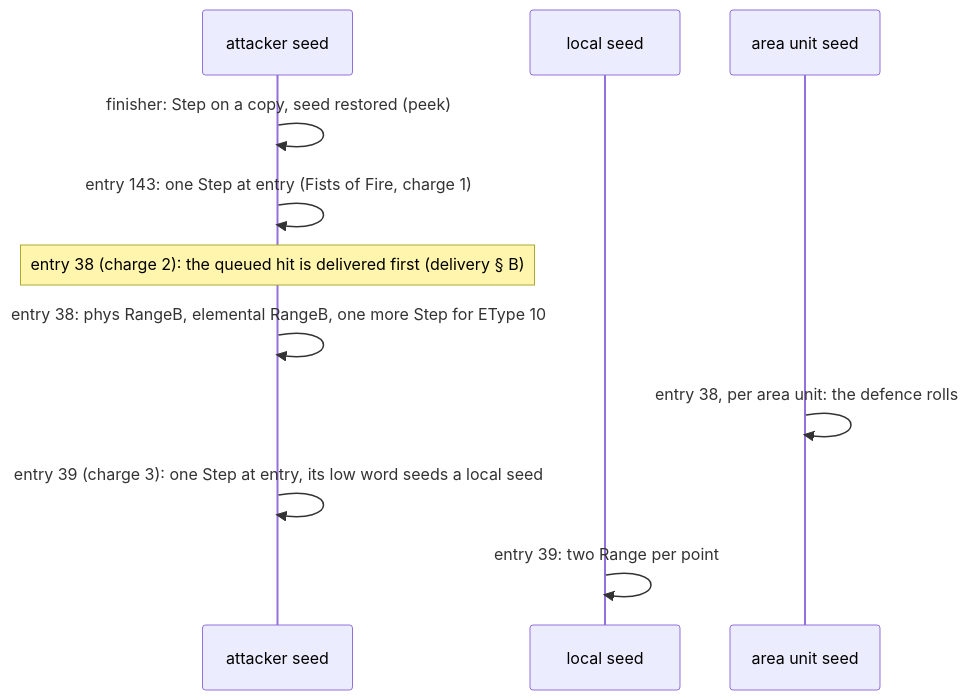
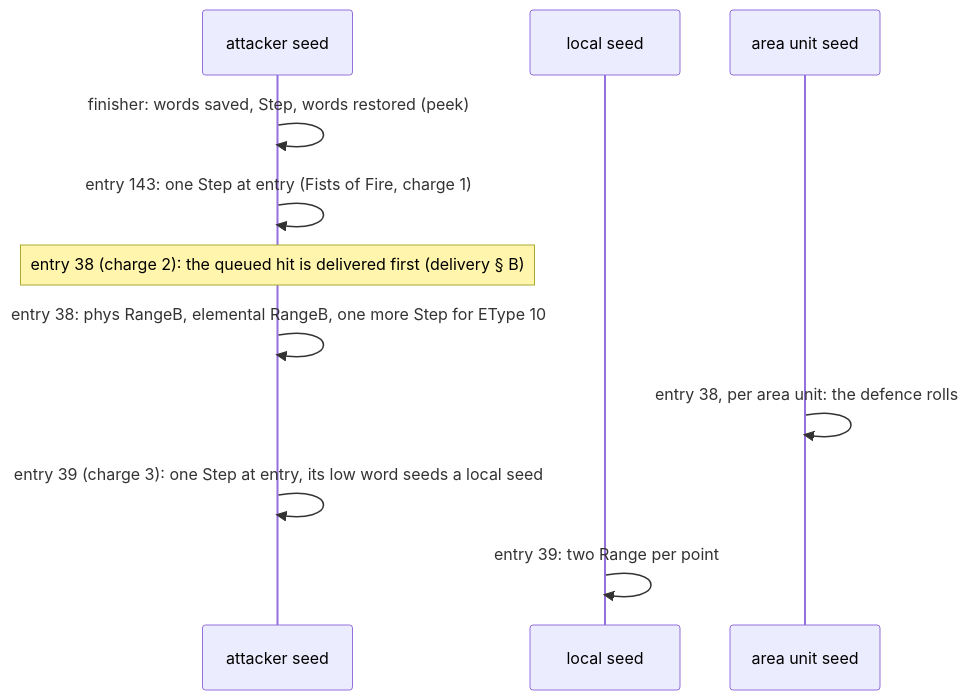
Before and after one commit to IgorKonovalov/diablo-2-recompilation: the sixth of 6 diagrams in docs/specs/combat/README.md, drawn with Mermaid. The commit also changed other lines of this file and 22 other files, not shown here.

````diff
--- a/docs/specs/combat/README.md
+++ b/docs/specs/combat/README.md
@@ -347,13 +393,13 @@
 ```mermaid
 sequenceDiagram
   participant A as attacker seed
   participant L as local seed
   participant U as area unit seed
-  A->>A: finisher: Step on a copy, seed restored (peek)
+  A->>A: finisher: words saved, Step, words restored (peek)
   A->>A: entry 143: one Step at entry (Fists of Fire, charge 1)
   Note over A: entry 38 (charge 2): the queued hit is delivered first (delivery § B)
   A->>A: entry 38: phys RangeB, elemental RangeB, one more Step for EType 10
   U->>U: entry 38, per area unit: the defence rolls
   A->>A: entry 39 (charge 3): one Step at entry, its low word seeds a local seed
   L->>L: entry 39: two Range per point
 ```
````
